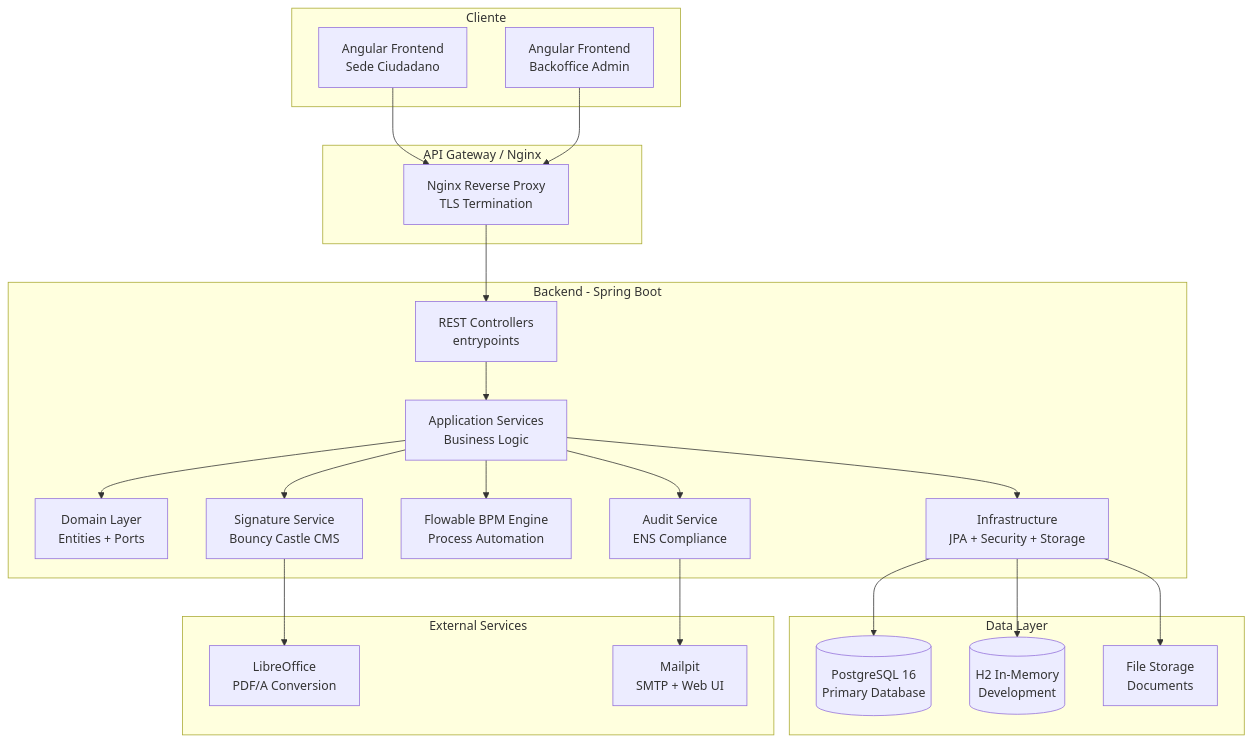
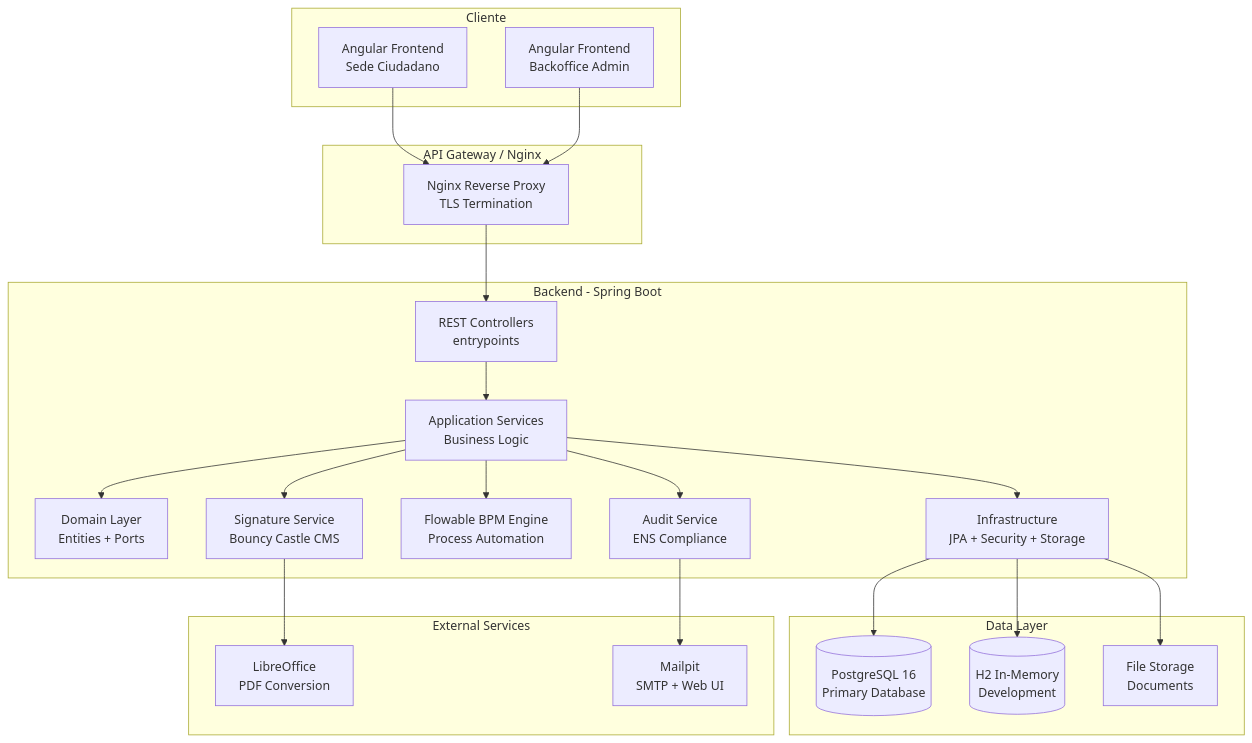
One commit to fernandocastanotorres/tfm changed the first of 10 diagrams in docs/architecture-diagrams.md. Above: the diagram before and after it, drawn with Mermaid. The commit also changed 20 other files, not shown here.

````diff
--- a/docs/architecture-diagrams.md
+++ b/docs/architecture-diagrams.md
@@ -5,47 +5,47 @@
 ```mermaid
 graph TB
     subgraph "Cliente"
         A[Angular Frontend<br/>Sede Ciudadano]
         B[Angular Frontend<br/>Backoffice Admin]
     end
 
     subgraph "API Gateway / Nginx"
         C[Nginx Reverse Proxy<br/>TLS Termination]
     end
 
     subgraph "Backend - Spring Boot"
         D[REST Controllers<br/>entrypoints]
         E[Application Services<br/>Business Logic]
         F[Domain Layer<br/>Entities + Ports]
         G[Infrastructure<br/>JPA + Security + Storage]
         H[Flowable BPM Engine<br/>Process Automation]
         I[Signature Service<br/>Bouncy Castle CMS]
         J[Audit Service<br/>ENS Compliance]
     end
 
     subgraph "Data Layer"
         K[(PostgreSQL 16<br/>Primary Database)]
         L[(H2 In-Memory<br/>Development)]
         M[File Storage<br/>Documents]
     end
 
     subgraph "External Services"
-        N[LibreOffice<br/>PDF/A Conversion]
+        N[LibreOffice<br/>PDF Conversion]
         O[Mailpit<br/>SMTP + Web UI]
     end
 
     A --> C
     B --> C
     C --> D
     D --> E
     E --> F
     E --> G
     E --> H
     E --> I
     E --> J
     G --> K
     G --> L
     G --> M
     I --> N
     J --> O
 ```
````
